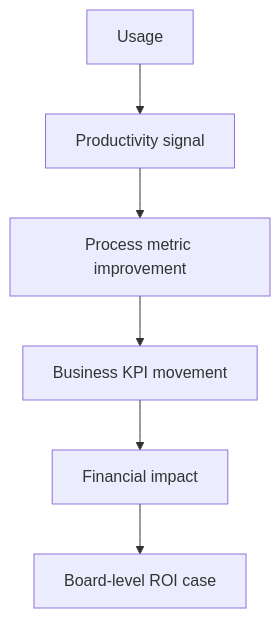
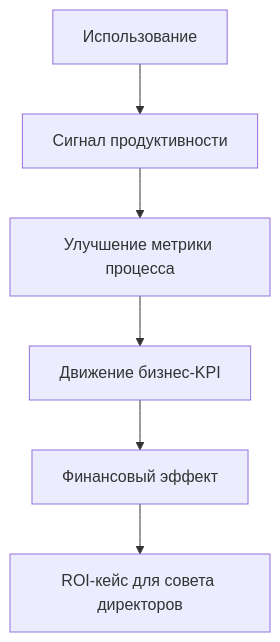
One commit to VladimirSemenyuk/KnowledgeOS changed the second of 2 diagrams in Frameworks/ai-transformation/google-cloud-roi-of-ai-2025.md. Above: the diagram before and after it, drawn with Mermaid. The commit also changed other lines of this file and 3 other files, not shown here.

````diff
--- a/Frameworks/ai-transformation/google-cloud-roi-of-ai-2025.md
+++ b/Frameworks/ai-transformation/google-cloud-roi-of-ai-2025.md
@@ -334,8 +334,8 @@
 ```mermaid
 flowchart TD
-    A["Usage"] --> B["Productivity signal"]
-    B --> C["Process metric improvement"]
-    C --> D["Business KPI movement"]
-    D --> E["Financial impact"]
-    E --> F["Board-level ROI case"]
+    A["Использование"] --> B["Сигнал продуктивности"]
+    B --> C["Улучшение метрики процесса"]
+    C --> D["Движение бизнес-KPI"]
+    D --> E["Финансовый эффект"]
+    E --> F["ROI-кейс для совета директоров"]
 ```
````
